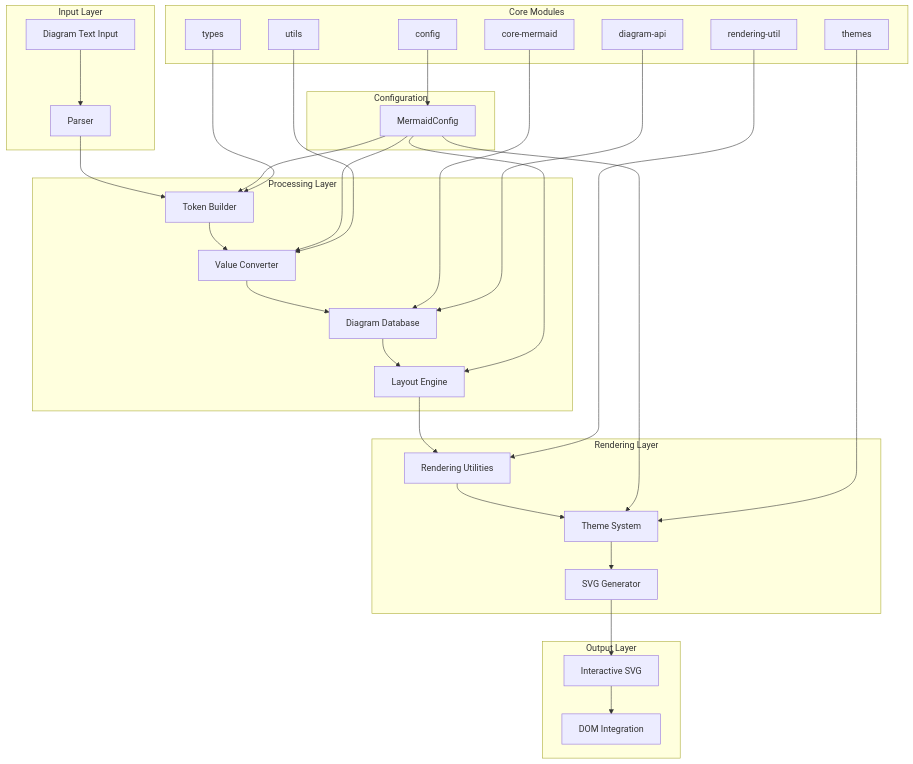
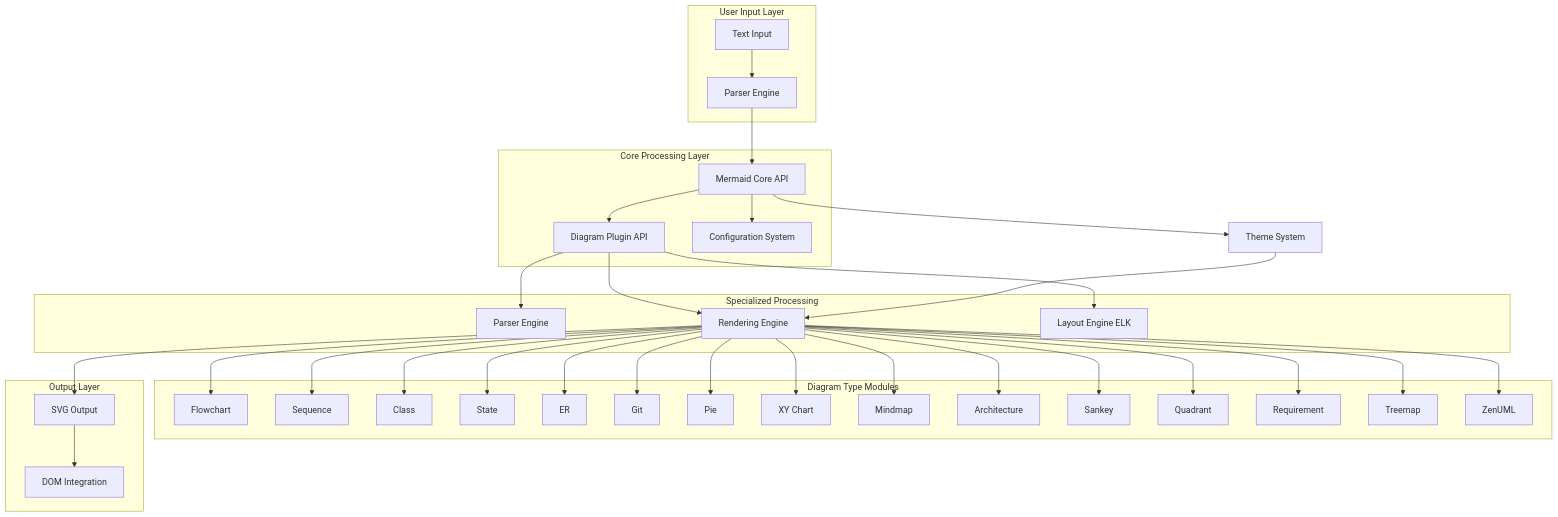
The first of 3 diagrams in docs/mermaid-js--mermaid-docs/overview.md (FSoft-AI4Code/codewiki-demo), drawn with Mermaid before and after one commit. The commit also changed other lines of this file and 1103 other files, not shown here.

````diff
--- a/docs/mermaid-js--mermaid-docs/overview.md
+++ b/docs/mermaid-js--mermaid-docs/overview.md
@@ -9,41 +9,44 @@
 ```mermaid
 graph TB
-    subgraph "Input Layer"
-        A[Diagram Text Input] --> B[Parser]
+    subgraph "User Input Layer"
+        A[Text Input] --> B[Parser Engine]
     end
     
-    subgraph "Processing Layer"
-        B --> C[Token Builder]
-        C --> D[Value Converter]
-        D --> E[Diagram Database]
-        E --> F[Layout Engine]
+    subgraph "Core Processing Layer"
+        B --> C[Mermaid Core API]
+        C --> D[Diagram Plugin API]
+        C --> E[Configuration System]
     end
     
-    subgraph "Rendering Layer"
-        F --> G[Rendering Utilities]
-        G --> H[Theme System]
-        H --> I[SVG Generator]
+    subgraph "Specialized Processing"
+        D --> F[Parser Engine]
+        D --> G[Rendering Engine]
+        D --> H[Layout Engine ELK]
+    end
+    
+    subgraph "Diagram Type Modules"
+        G --> I[Flowchart]
+        G --> J[Sequence]
+        G --> K[Class]
+        G --> L[State]
+        G --> M[ER]
+        G --> N[Git]
+        G --> O[Pie]
+        G --> P[XY Chart]
+        G --> Q[Mindmap]
+        G --> R[Architecture]
+        G --> S[Sankey]
+        G --> T[Quadrant]
+        G --> U[Requirement]
+        G --> V[Treemap]
+        G --> W[ZenUML]
     end
     
     subgraph "Output Layer"
-        I --> J[Interactive SVG]
-        J --> K[DOM Integration]
+        G --> X[SVG Output]
+        X --> Y[DOM Integration]
     end
     
-    subgraph "Configuration"
-        L[MermaidConfig] --> C
-        L --> D
-        L --> F
-        L --> H
-    end
-    
-    subgraph "Core Modules"
-        M[core-mermaid] --> E
-        N[diagram-api] --> E
-        O[config] --> L
-        P[rendering-util] --> G
-        Q[themes] --> H
-        R[types] --> C
-        S[utils] --> D
-    end
+    C --> Z[Theme System]
+    Z --> G
 ```
````
